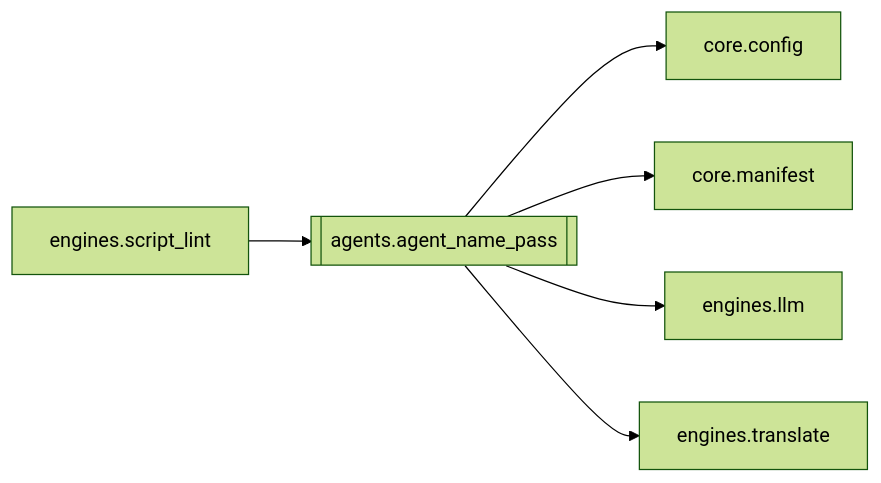
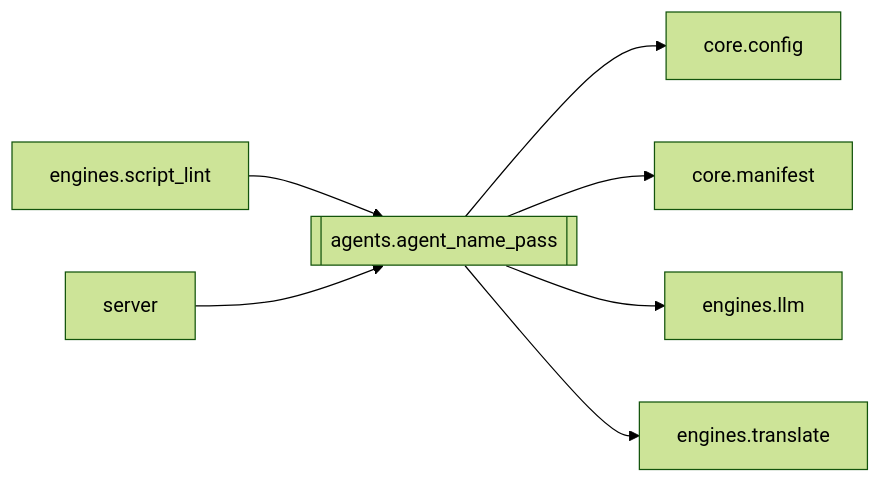
Before and after one commit to kjza178/PinelineV5: the diagram in docs/brain/modules/agents.agent_name_pass.md, drawn with Mermaid (forest theme). The commit also changed other lines of this file and 227 other files, not shown here.

````diff
--- a/docs/brain/modules/agents.agent_name_pass.md
+++ b/docs/brain/modules/agents.agent_name_pass.md
@@ -16,9 +16,10 @@
 ```mermaid
 flowchart LR
   agents_agent_name_pass[[agents.agent_name_pass]]
   engines_script_lint[engines.script_lint] --> agents_agent_name_pass
+  server[server] --> agents_agent_name_pass
   agents_agent_name_pass --> core_config[core.config]
   agents_agent_name_pass --> core_manifest[core.manifest]
   agents_agent_name_pass --> engines_llm[engines.llm]
   agents_agent_name_pass --> engines_translate[engines.translate]
 ```
````
